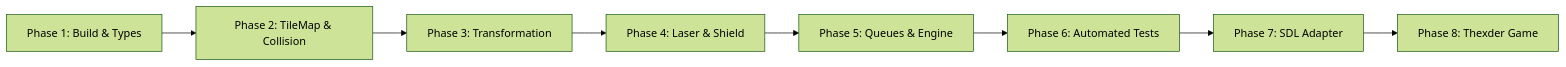
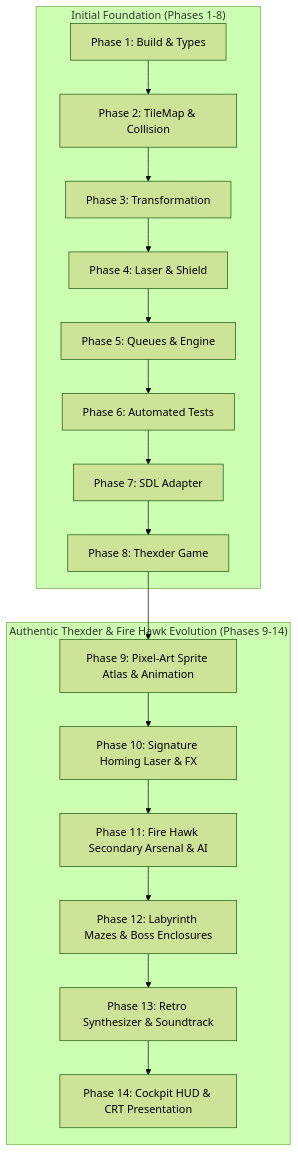
The third of 5 diagrams in docs/implementation_plan.md (svagionitis/ShootEmUpEngine), drawn with Mermaid (forest theme) before and after one commit. The commit also changed other lines of this file, not shown here.

First line of the commit message:
Docs: add Phases 9-14 for authentic Thexder and Firehawk fidelity

````diff
--- a/docs/implementation_plan.md
+++ b/docs/implementation_plan.md
@@ -212,10 +230,21 @@
 ```mermaid
-flowchart LR
-    P1["Phase 1: Build & Types"] --> P2["Phase 2: TileMap & Collision"]
-    P2 --> P3["Phase 3: Transformation"]
-    P3 --> P4["Phase 4: Laser & Shield"]
-    P4 --> P5["Phase 5: Queues & Engine"]
-    P5 --> P6["Phase 6: Automated Tests"]
-    P6 --> P7["Phase 7: SDL Adapter"]
-    P7 --> P8["Phase 8: Thexder Game"]
+flowchart TD
+    subgraph Foundation["Initial Foundation (Phases 1-8)"]
+        P1["Phase 1: Build & Types"] --> P2["Phase 2: TileMap & Collision"]
+        P2 --> P3["Phase 3: Transformation"]
+        P3 --> P4["Phase 4: Laser & Shield"]
+        P4 --> P5["Phase 5: Queues & Engine"]
+        P5 --> P6["Phase 6: Automated Tests"]
+        P6 --> P7["Phase 7: SDL Adapter"]
+        P7 --> P8["Phase 8: Thexder Game"]
+    end
+
+    subgraph Fidelity["Authentic Thexder & Fire Hawk Evolution (Phases 9-14)"]
+        P8 --> P9["Phase 9: Pixel-Art Sprite Atlas & Animation"]
+        P9 --> P10["Phase 10: Signature Homing Laser & FX"]
+        P10 --> P11["Phase 11: Fire Hawk Secondary Arsenal & AI"]
+        P11 --> P12["Phase 12: Labyrinth Mazes & Boss Enclosures"]
+        P12 --> P13["Phase 13: Retro Synthesizer & Soundtrack"]
+        P13 --> P14["Phase 14: Cockpit HUD & CRT Presentation"]
+    end
 ```
````
